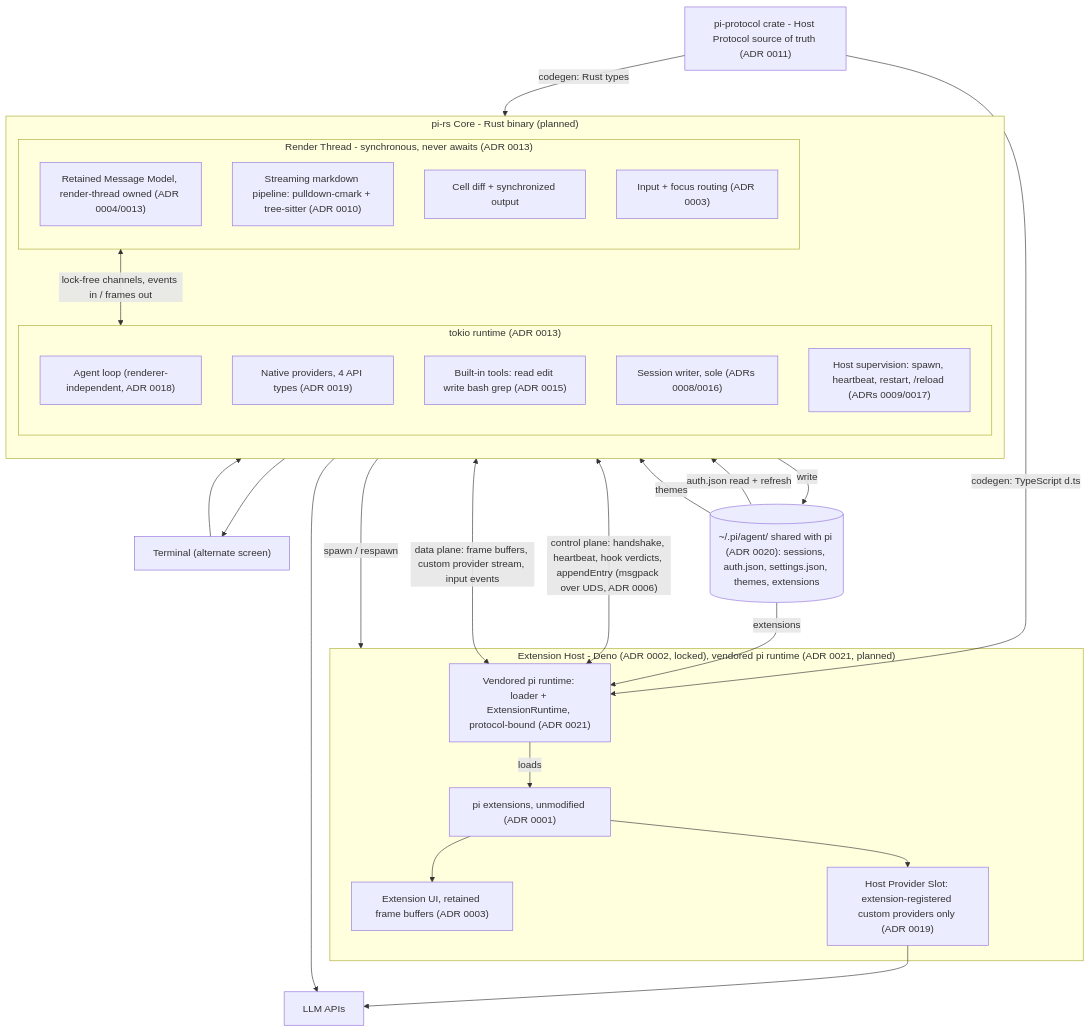
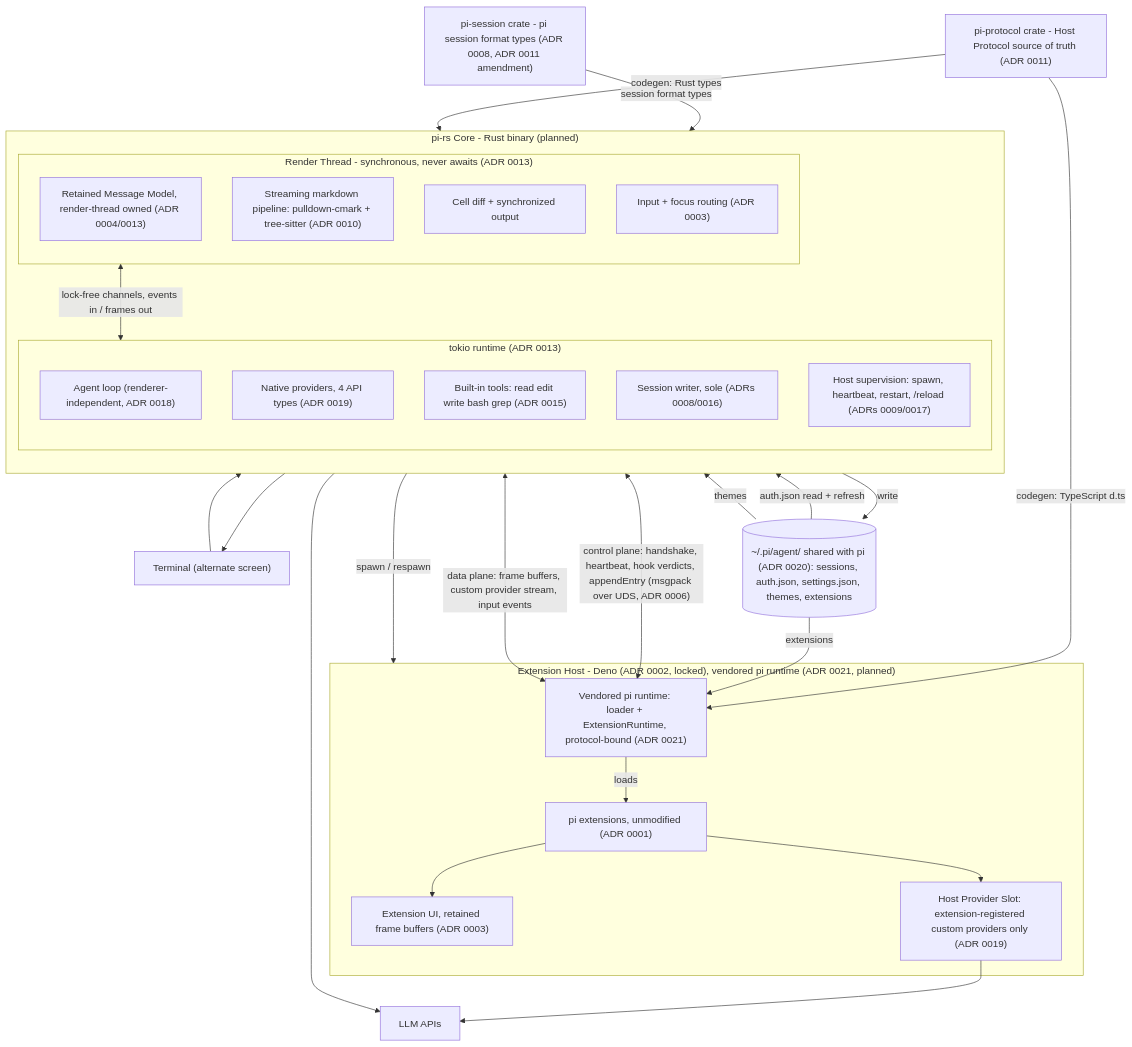
Before and after one commit to thiscantbeserious/pi-rs: the diagram in README.md, drawn with Mermaid. The commit also changed 12 other files, not shown here.

First line of the commit message:
feat(pi-session): typed session-format contract (D5) (#6)

````diff
--- a/README.md
+++ b/README.md
@@ -30,56 +30,58 @@
 ```mermaid
 flowchart TB
     terminal["Terminal (alternate screen)"]
 
     piproto["pi-protocol crate - Host Protocol source of truth (ADR 0011)"]
+    pisession["pi-session crate - pi session format types (ADR 0008, ADR 0011 amendment)"]
 
     subgraph core["pi-rs Core - Rust binary (planned)"]
         direction TB
         subgraph render["Render Thread - synchronous, never awaits (ADR 0013)"]
             rmm["Retained Message Model, render-thread owned (ADR 0004/0013)"]
             pipeline["Streaming markdown pipeline: pulldown-cmark + tree-sitter (ADR 0010)"]
             diff["Cell diff + synchronized output"]
             input["Input + focus routing (ADR 0003)"]
         end
         subgraph tok["tokio runtime (ADR 0013)"]
             agentloop["Agent loop (renderer-independent, ADR 0018)"]
             providers["Native providers, 4 API types (ADR 0019)"]
             tools["Built-in tools: read edit write bash grep (ADR 0015)"]
             sessions["Session writer, sole (ADRs 0008/0016)"]
             lifecycle["Host supervision: spawn, heartbeat, restart, /reload (ADRs 0009/0017)"]
         end
     end
 
     subgraph host["Extension Host - Deno (ADR 0002, locked), vendored pi runtime (ADR 0021, planned)"]
         runtime["Vendored pi runtime: loader + ExtensionRuntime, protocol-bound (ADR 0021)"]
         exts["pi extensions, unmodified (ADR 0001)"]
         extui["Extension UI, retained frame buffers (ADR 0003)"]
         customprov["Host Provider Slot: extension-registered custom providers only (ADR 0019)"]
     end
 
     llm["LLM APIs"]
     pitree[("~/.pi/agent/ shared with pi (ADR 0020): sessions, auth.json, settings.json, themes, extensions")]
 
     piproto -->|"codegen: Rust types"| core
     piproto -->|"codegen: TypeScript d.ts"| runtime
+    pisession -->|"session format types"| sessions
 
     diff --> terminal
     terminal --> input
     render <-->|"lock-free channels, events in / frames out"| tok
 
     tok <-->|"control plane: handshake, heartbeat, hook verdicts, appendEntry (msgpack over UDS, ADR 0006)"| runtime
     tok <-->|"data plane: frame buffers, custom provider stream, input events"| runtime
     lifecycle -->|"spawn / respawn"| host
 
     runtime -->|"loads"| exts
     exts --> extui
     exts --> customprov
 
     providers --> llm
     customprov --> llm
 
     sessions -->|"write"| pitree
     pitree -->|"auth.json read + refresh"| providers
     pitree -->|"themes"| render
     pitree -->|"extensions"| runtime
 ```
````
